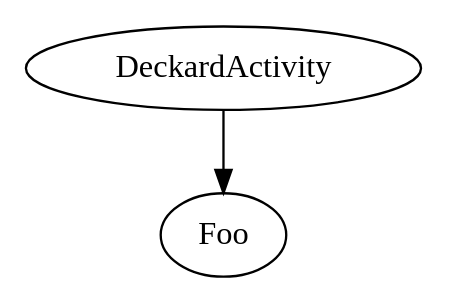
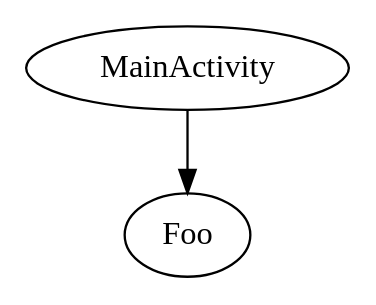
The diagram in Source/BartenderApp2/build/intermediates/classes/debug/com/jameshollingshead/DummyModule.dot (jameshollingshead/BartenderApp), drawn with Graphviz before and after one commit. The commit also changed 34 other files, not shown here.

```diff
--- a/Source/BartenderApp2/build/intermediates/classes/debug/com/jameshollingshead/DummyModule.dot
+++ b/Source/BartenderApp2/build/intermediates/classes/debug/com/jameshollingshead/DummyModule.dot
@@ -1,4 +1,4 @@
 digraph G1 {
   concentrate = true;
-  DeckardActivity -> Foo;
+  MainActivity -> Foo;
 }
```
